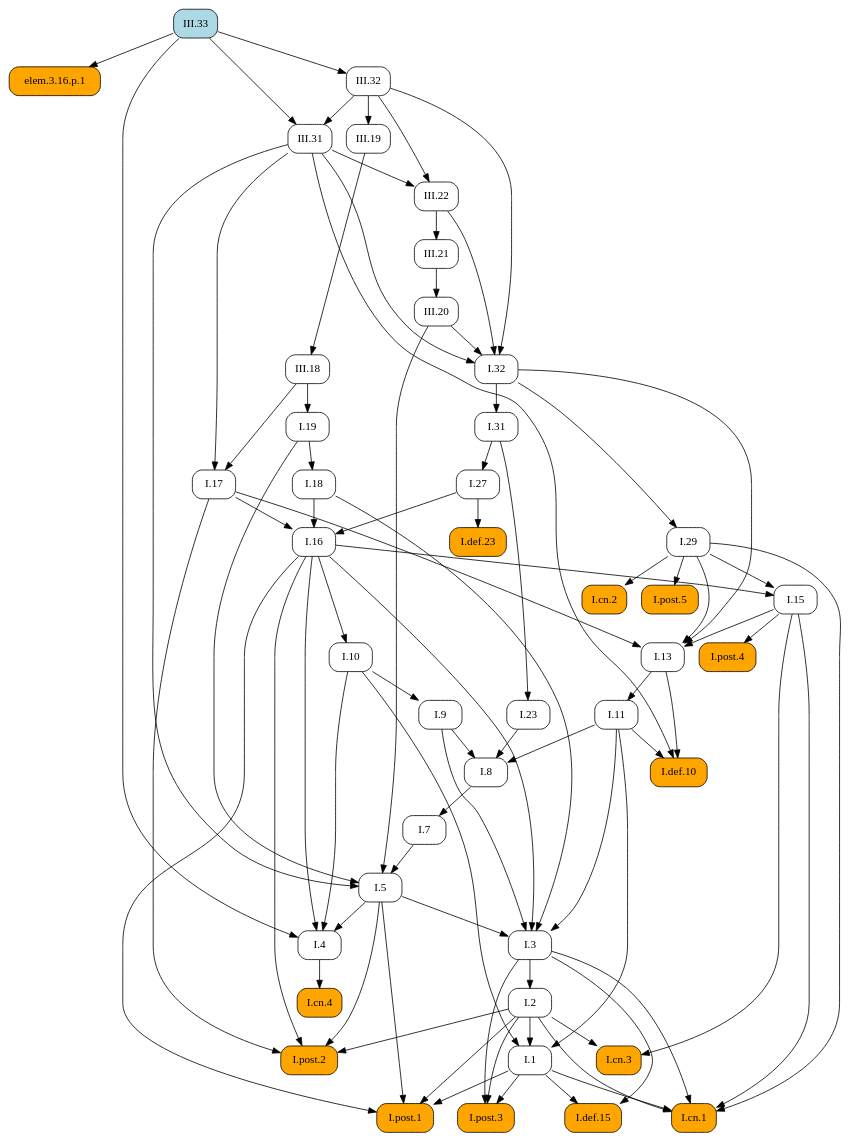
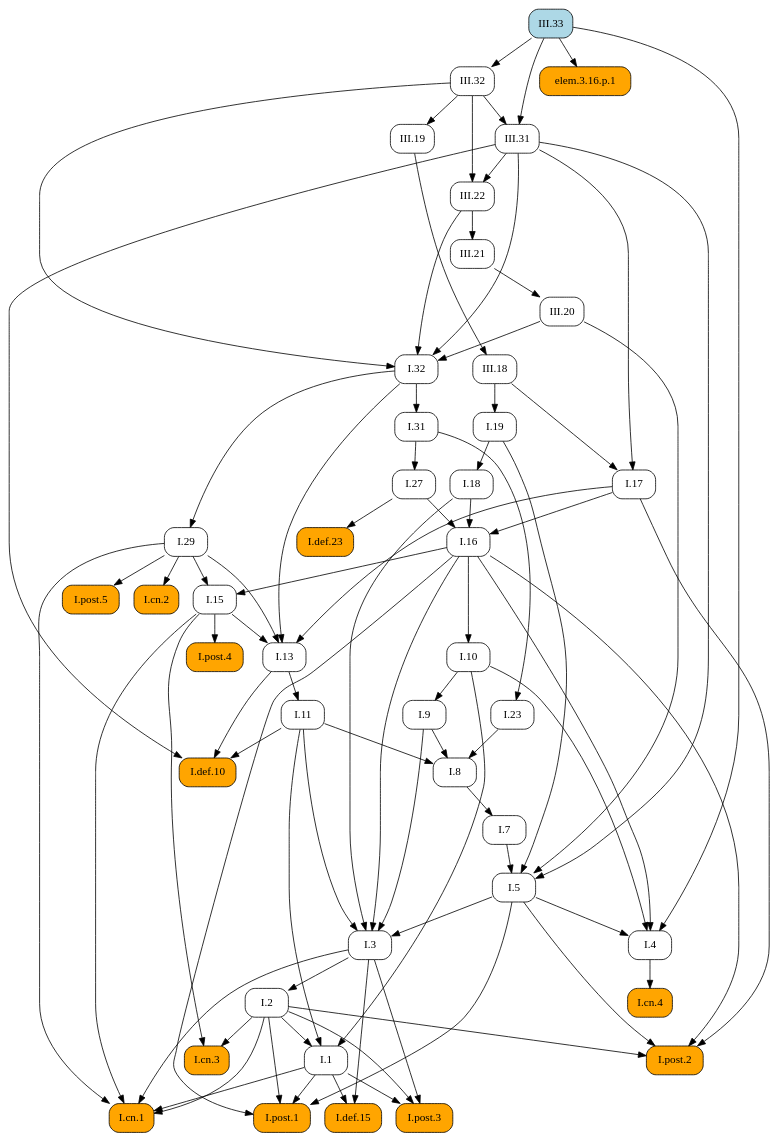
One commit to geometor/elements changed the diagram in docsrc/heath/III/33/index.rst. Above: the diagram before and after it, drawn with Graphviz. The commit also changed other lines of this file and 1029 other files, not shown here.

```diff
--- a/docsrc/heath/III/33/index.rst
+++ b/docsrc/heath/III/33/index.rst
@@ -140,129 +140,129 @@
    digraph {
      rankdir="TB";
      node [shape=box, style=rounded];
+     "I.def.10" [style="rounded,filled", fillcolor=orange, URL="/heath/I/def.10/", target="_top"];
+     "I.11" [URL="/heath/I/11/", target="_top"];
+     "I.post.4" [style="rounded,filled", fillcolor=orange, URL="/heath/I/post.4/", target="_top"];
+     "I.1" [URL="/heath/I/1/", target="_top"];
+     "III.32" [URL="/heath/III/32/", target="_top"];
+     "I.29" [URL="/heath/I/29/", target="_top"];
+     "III.20" [URL="/heath/III/20/", target="_top"];
+     "III.19" [URL="/heath/III/19/", target="_top"];
+     "III.31" [URL="/heath/III/31/", target="_top"];
+     "I.cn.2" [style="rounded,filled", fillcolor=orange, URL="/heath/I/cn.2/", target="_top"];
+     "I.18" [URL="/heath/I/18/", target="_top"];
+     "I.def.15" [style="rounded,filled", fillcolor=orange, URL="/heath/I/def.15/", target="_top"];
+     "I.post.3" [style="rounded,filled", fillcolor=orange, URL="/heath/I/post.3/", target="_top"];
+     "I.cn.1" [style="rounded,filled", fillcolor=orange, URL="/heath/I/cn.1/", target="_top"];
      "I.cn.3" [style="rounded,filled", fillcolor=orange, URL="/heath/I/cn.3/", target="_top"];
+     "I.23" [URL="/heath/I/23/", target="_top"];
+     "elem.3.16.p.1" [style="rounded,filled", fillcolor=orange];
+     "I.post.1" [style="rounded,filled", fillcolor=orange, URL="/heath/I/post.1/", target="_top"];
+     "I.27" [URL="/heath/I/27/", target="_top"];
+     "I.7" [URL="/heath/I/7/", target="_top"];
+     "I.3" [URL="/heath/I/3/", target="_top"];
+     "I.2" [URL="/heath/I/2/", target="_top"];
+     "I.4" [URL="/heath/I/4/", target="_top"];
+     "I.def.23" [style="rounded,filled", fillcolor=orange, URL="/heath/I/def.23/", target="_top"];
+     "I.13" [URL="/heath/I/13/", target="_top"];
+     "I.17" [URL="/heath/I/17/", target="_top"];
+     "III.33" [style="rounded,filled", fillcolor=lightblue, URL="/heath/III/33/", target="_top"];
+     "I.post.2" [style="rounded,filled", fillcolor=orange, URL="/heath/I/post.2/", target="_top"];
+     "I.31" [URL="/heath/I/31/", target="_top"];
+     "I.16" [URL="/heath/I/16/", target="_top"];
+     "I.19" [URL="/heath/I/19/", target="_top"];
+     "I.9" [URL="/heath/I/9/", target="_top"];
+     "I.32" [URL="/heath/I/32/", target="_top"];
+     "I.8" [URL="/heath/I/8/", target="_top"];
+     "I.cn.4" [style="rounded,filled", fillcolor=orange, URL="/heath/I/cn.4/", target="_top"];
+     "I.15" [URL="/heath/I/15/", target="_top"];
+     "III.21" [URL="/heath/III/21/", target="_top"];
      "III.22" [URL="/heath/III/22/", target="_top"];
-     "I.29" [URL="/heath/I/29/", target="_top"];
-     "I.7" [URL="/heath/I/7/", target="_top"];
-     "I.27" [URL="/heath/I/27/", target="_top"];
-     "I.def.23" [style="rounded,filled", fillcolor=orange, URL="/heath/I/def.23/", target="_top"];
-     "I.8" [URL="/heath/I/8/", target="_top"];
-     "III.33" [style="rounded,filled", fillcolor=lightblue, URL="/heath/III/33/", target="_top"];
-     "I.9" [URL="/heath/I/9/", target="_top"];
-     "III.20" [URL="/heath/III/20/", target="_top"];
-     "I.post.4" [style="rounded,filled", fillcolor=orange, URL="/heath/I/post.4/", target="_top"];
-     "I.2" [URL="/heath/I/2/", target="_top"];
-     "I.def.15" [style="rounded,filled", fillcolor=orange, URL="/heath/I/def.15/", target="_top"];
-     "I.1" [URL="/heath/I/1/", target="_top"];
-     "I.post.1" [style="rounded,filled", fillcolor=orange, URL="/heath/I/post.1/", target="_top"];
+     "I.post.5" [style="rounded,filled", fillcolor=orange, URL="/heath/I/post.5/", target="_top"];
+     "I.10" [URL="/heath/I/10/", target="_top"];
      "III.18" [URL="/heath/III/18/", target="_top"];
-     "III.19" [URL="/heath/III/19/", target="_top"];
-     "I.cn.4" [style="rounded,filled", fillcolor=orange, URL="/heath/I/cn.4/", target="_top"];
-     "I.19" [URL="/heath/I/19/", target="_top"];
-     "elem.3.16.p.1" [style="rounded,filled", fillcolor=orange];
-     "III.31" [URL="/heath/III/31/", target="_top"];
-     "I.13" [URL="/heath/I/13/", target="_top"];
-     "I.23" [URL="/heath/I/23/", target="_top"];
-     "I.cn.2" [style="rounded,filled", fillcolor=orange, URL="/heath/I/cn.2/", target="_top"];
      "I.5" [URL="/heath/I/5/", target="_top"];
-     "III.21" [URL="/heath/III/21/", target="_top"];
-     "I.11" [URL="/heath/I/11/", target="_top"];
-     "I.10" [URL="/heath/I/10/", target="_top"];
-     "I.4" [URL="/heath/I/4/", target="_top"];
-     "I.3" [URL="/heath/I/3/", target="_top"];
-     "I.16" [URL="/heath/I/16/", target="_top"];
-     "I.31" [URL="/heath/I/31/", target="_top"];
-     "I.def.10" [style="rounded,filled", fillcolor=orange, URL="/heath/I/def.10/", target="_top"];
-     "III.32" [URL="/heath/III/32/", target="_top"];
-     "I.post.2" [style="rounded,filled", fillcolor=orange, URL="/heath/I/post.2/", target="_top"];
-     "I.post.3" [style="rounded,filled", fillcolor=orange, URL="/heath/I/post.3/", target="_top"];
-     "I.post.5" [style="rounded,filled", fillcolor=orange, URL="/heath/I/post.5/", target="_top"];
-     "I.15" [URL="/heath/I/15/", target="_top"];
-     "I.17" [URL="/heath/I/17/", target="_top"];
-     "I.cn.1" [style="rounded,filled", fillcolor=orange, URL="/heath/I/cn.1/", target="_top"];
-     "I.32" [URL="/heath/I/32/", target="_top"];
-     "I.18" [URL="/heath/I/18/", target="_top"];
-     "I.2" -> "I.cn.3";
-     "I.15" -> "I.cn.3";
-     "III.31" -> "III.22";
-     "III.32" -> "III.22";
-     "I.32" -> "I.29";
-     "I.8" -> "I.7";
-     "I.31" -> "I.27";
-     "I.27" -> "I.def.23";
-     "I.9" -> "I.8";
-     "I.11" -> "I.8";
-     "I.23" -> "I.8";
-     "I.10" -> "I.9";
-     "III.21" -> "III.20";
+     "I.11" -> "I.def.10";
+     "I.13" -> "I.def.10";
+     "III.31" -> "I.def.10";
+     "I.13" -> "I.11";
      "I.15" -> "I.post.4";
-     "I.3" -> "I.2";
-     "I.1" -> "I.def.15";
-     "I.3" -> "I.def.15";
      "I.2" -> "I.1";
      "I.10" -> "I.1";
      "I.11" -> "I.1";
+     "III.33" -> "III.32";
+     "I.32" -> "I.29";
+     "III.21" -> "III.20";
+     "III.32" -> "III.19";
+     "III.32" -> "III.31";
+     "III.33" -> "III.31";
+     "I.29" -> "I.cn.2";
+     "I.19" -> "I.18";
+     "I.1" -> "I.def.15";
+     "I.3" -> "I.def.15";
+     "I.1" -> "I.post.3";
+     "I.2" -> "I.post.3";
+     "I.3" -> "I.post.3";
+     "I.1" -> "I.cn.1";
+     "I.2" -> "I.cn.1";
+     "I.3" -> "I.cn.1";
+     "I.15" -> "I.cn.1";
+     "I.29" -> "I.cn.1";
+     "I.2" -> "I.cn.3";
+     "I.15" -> "I.cn.3";
+     "I.31" -> "I.23";
+     "III.33" -> "elem.3.16.p.1";
      "I.1" -> "I.post.1";
      "I.2" -> "I.post.1";
      "I.5" -> "I.post.1";
      "I.16" -> "I.post.1";
-     "III.19" -> "III.18";
-     "III.32" -> "III.19";
-     "I.4" -> "I.cn.4";
-     "III.18" -> "I.19";
-     "III.33" -> "elem.3.16.p.1";
-     "III.32" -> "III.31";
-     "III.33" -> "III.31";
-     "I.15" -> "I.13";
-     "I.17" -> "I.13";
-     "I.29" -> "I.13";
-     "I.32" -> "I.13";
-     "I.31" -> "I.23";
-     "I.29" -> "I.cn.2";
-     "I.7" -> "I.5";
-     "I.19" -> "I.5";
-     "III.20" -> "I.5";
-     "III.31" -> "I.5";
-     "III.22" -> "III.21";
-     "I.13" -> "I.11";
-     "I.16" -> "I.10";
-     "I.5" -> "I.4";
-     "I.10" -> "I.4";
-     "I.16" -> "I.4";
-     "III.33" -> "I.4";
+     "I.31" -> "I.27";
+     "I.8" -> "I.7";
      "I.5" -> "I.3";
      "I.9" -> "I.3";
      "I.11" -> "I.3";
      "I.16" -> "I.3";
      "I.18" -> "I.3";
-     "I.17" -> "I.16";
-     "I.18" -> "I.16";
-     "I.27" -> "I.16";
-     "I.32" -> "I.31";
-     "I.11" -> "I.def.10";
-     "I.13" -> "I.def.10";
-     "III.31" -> "I.def.10";
-     "III.33" -> "III.32";
+     "I.3" -> "I.2";
+     "I.5" -> "I.4";
+     "I.10" -> "I.4";
+     "I.16" -> "I.4";
+     "III.33" -> "I.4";
+     "I.27" -> "I.def.23";
+     "I.15" -> "I.13";
+     "I.17" -> "I.13";
+     "I.29" -> "I.13";
+     "I.32" -> "I.13";
+     "III.18" -> "I.17";
+     "III.31" -> "I.17";
      "I.2" -> "I.post.2";
      "I.5" -> "I.post.2";
      "I.16" -> "I.post.2";
      "I.17" -> "I.post.2";
-     "I.1" -> "I.post.3";
-     "I.2" -> "I.post.3";
-     "I.3" -> "I.post.3";
-     "I.29" -> "I.post.5";
-     "I.16" -> "I.15";
-     "I.29" -> "I.15";
-     "III.18" -> "I.17";
-     "III.31" -> "I.17";
-     "I.1" -> "I.cn.1";
-     "I.2" -> "I.cn.1";
-     "I.3" -> "I.cn.1";
-     "I.15" -> "I.cn.1";
-     "I.29" -> "I.cn.1";
+     "I.32" -> "I.31";
+     "I.17" -> "I.16";
+     "I.18" -> "I.16";
+     "I.27" -> "I.16";
+     "III.18" -> "I.19";
+     "I.10" -> "I.9";
      "III.20" -> "I.32";
      "III.22" -> "I.32";
      "III.31" -> "I.32";
      "III.32" -> "I.32";
-     "I.19" -> "I.18";
+     "I.9" -> "I.8";
+     "I.11" -> "I.8";
+     "I.23" -> "I.8";
+     "I.4" -> "I.cn.4";
+     "I.16" -> "I.15";
+     "I.29" -> "I.15";
+     "III.22" -> "III.21";
+     "III.31" -> "III.22";
+     "III.32" -> "III.22";
+     "I.29" -> "I.post.5";
+     "I.16" -> "I.10";
+     "III.19" -> "III.18";
+     "I.7" -> "I.5";
+     "I.19" -> "I.5";
+     "III.20" -> "I.5";
+     "III.31" -> "I.5";
    }
```
